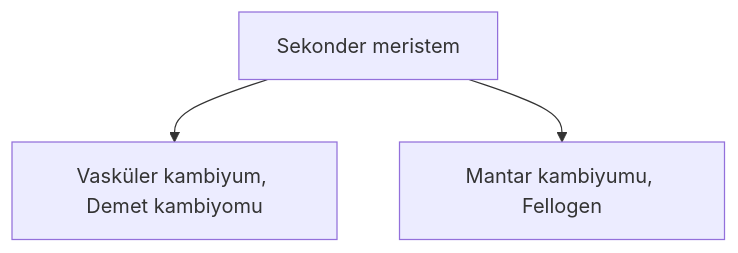
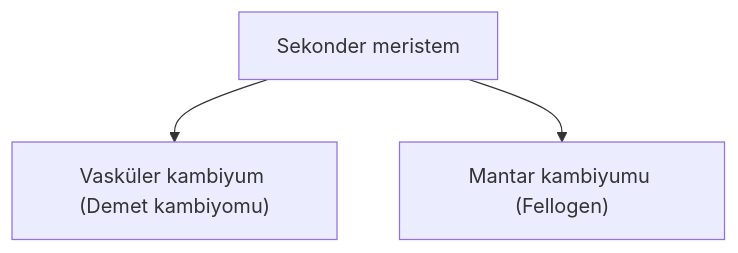
The fifth of 11 diagrams in ayt/biyoloji/bitki-biyolojisi/bitki-biyolojisi.md (metwse/evrensel), drawn with Mermaid before and after one commit. The commit also changed other lines of this file and 7 other files, not shown here.

````diff
--- a/ayt/biyoloji/bitki-biyolojisi/bitki-biyolojisi.md
+++ b/ayt/biyoloji/bitki-biyolojisi/bitki-biyolojisi.md
@@ -99,6 +99,6 @@
 ```mermaid
 flowchart TD
     t[Sekonder meristem]
-    t --> t-1[Vasküler kambiyum, Demet kambiyomu]
-    t --> t-2[Mantar kambiyumu, Fellogen]
+    t --> t-1["Vasküler kambiyum (Demet kambiyomu)"]
+    t --> t-2["Mantar kambiyumu (Fellogen)"]
 ```
````
